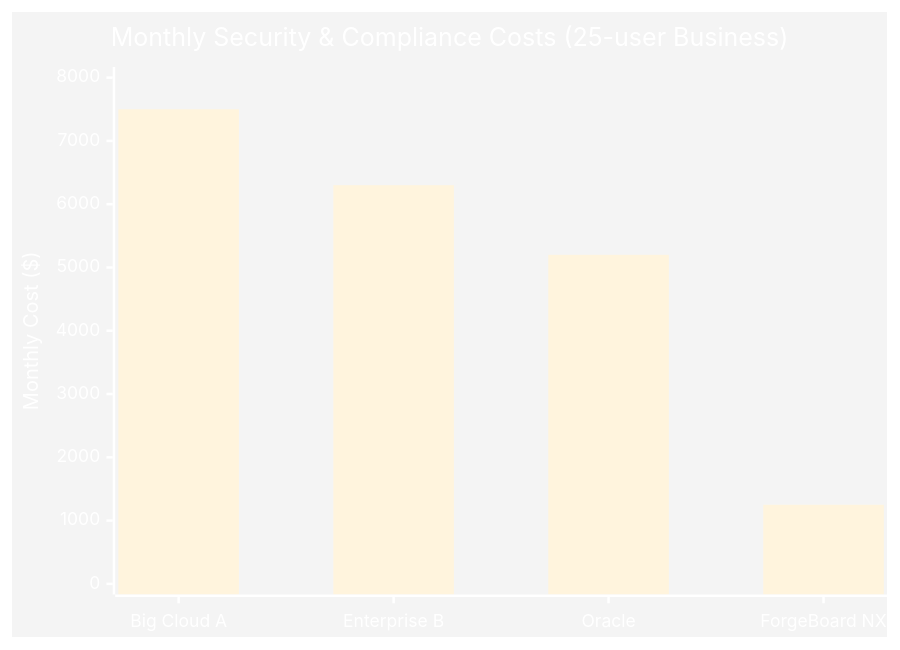
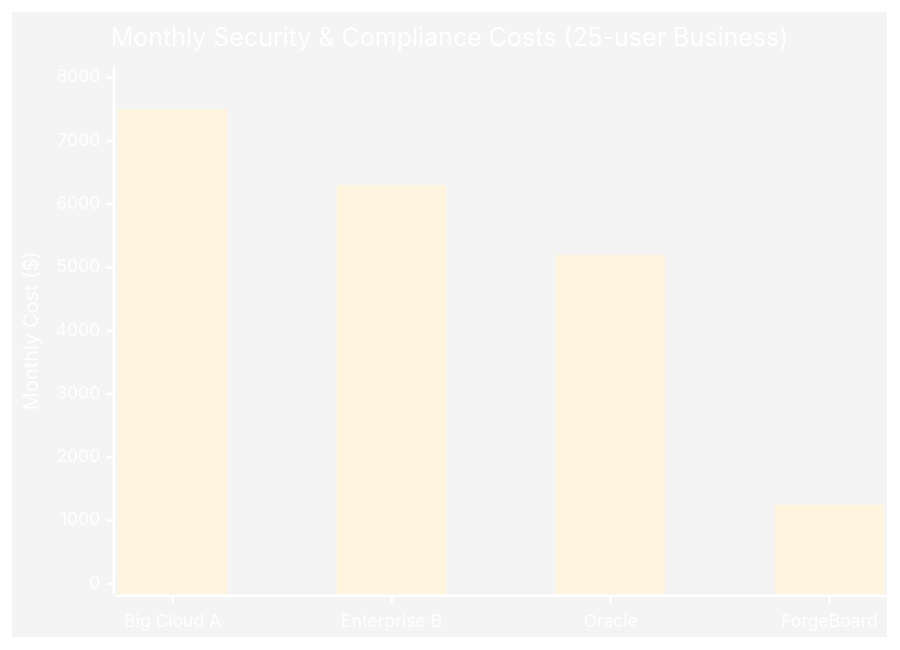
One commit to JeffreySanford/forge-board changed the fourth of 7 diagrams in forgeboard-frontend/src/assets/documentation/SMALL-BUSINESS-OPPORTUNITIES.md. Above: the diagram before and after it, drawn with Mermaid. The commit also changed other lines of this file and 64 other files, not shown here.

````diff
--- a/forgeboard-frontend/src/assets/documentation/SMALL-BUSINESS-OPPORTUNITIES.md
+++ b/forgeboard-frontend/src/assets/documentation/SMALL-BUSINESS-OPPORTUNITIES.md
@@ -236,8 +236,8 @@
 ```mermaid
 %%{init: { 'theme': 'base', 'themeVariables': { 'primaryColor': '#002868', 'primaryTextColor': '#fff', 'primaryBorderColor': '#071442', 'lineColor': '#BF0A30', 'secondaryColor': '#F9C74F', 'tertiaryColor': '#90BE6D' } } }%%
 xychart-beta
     title "Monthly Security & Compliance Costs (25-user Business)"
-    x-axis ["Big Cloud A", "Enterprise B", "Oracle", "ForgeBoard NX"]
+    x-axis ["Big Cloud A", "Enterprise B", "Oracle", "ForgeBoard"]
     y-axis "Monthly Cost ($)" 0 --> 8000
     bar [7500, 6300, 5200, 1250]
 ```
````
